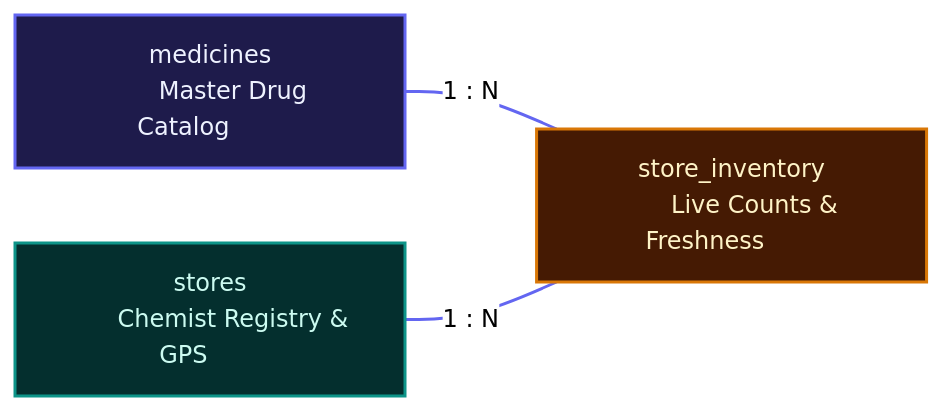
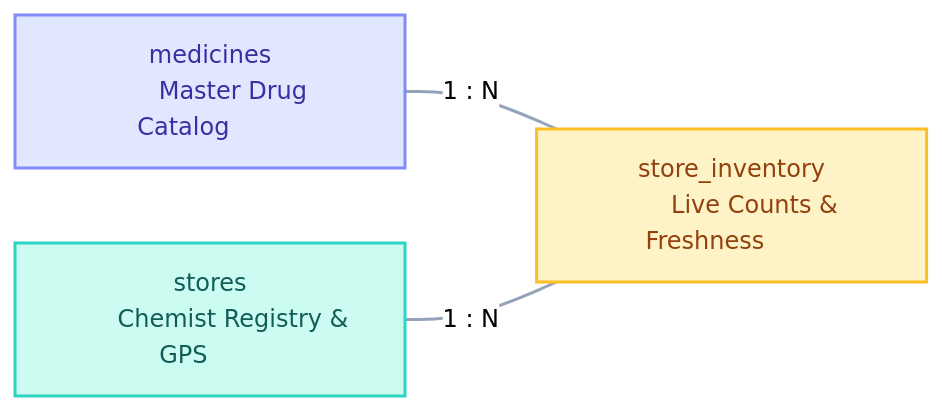
The fifth of 6 diagrams in README.md (Parth-Chavan-15/MedSetu-TechSprint), drawn with Mermaid (neutral theme) before and after one commit. The commit also changed other lines of this file, not shown here.

Commit message:
style: apply soft pastel palettes across all diagrams and wrap large flowcharts in expandable details blocks

````diff
--- a/README.md
+++ b/README.md
@@ -310,15 +317,15 @@
 ```mermaid
 flowchart LR
     MED["&nbsp;&nbsp;&nbsp;&nbsp;&nbsp;&nbsp; medicines &nbsp;&nbsp;&nbsp;&nbsp;&nbsp;&nbsp;<br/>&nbsp;&nbsp;&nbsp;&nbsp;&nbsp;&nbsp; Master Drug Catalog &nbsp;&nbsp;&nbsp;&nbsp;&nbsp;&nbsp;"] ---|1 : N| INV["&nbsp;&nbsp;&nbsp;&nbsp;&nbsp;&nbsp; store_inventory &nbsp;&nbsp;&nbsp;&nbsp;&nbsp;&nbsp;<br/>&nbsp;&nbsp;&nbsp;&nbsp;&nbsp;&nbsp; Live Counts & Freshness &nbsp;&nbsp;&nbsp;&nbsp;&nbsp;&nbsp;"]
     STORES["&nbsp;&nbsp;&nbsp;&nbsp;&nbsp;&nbsp; stores &nbsp;&nbsp;&nbsp;&nbsp;&nbsp;&nbsp;<br/>&nbsp;&nbsp;&nbsp;&nbsp;&nbsp;&nbsp; Chemist Registry & GPS &nbsp;&nbsp;&nbsp;&nbsp;&nbsp;&nbsp;"] ---|1 : N| INV
 
-    classDef master fill:#1E1B4B,stroke:#6366F1,color:#EEF2FF,stroke-width:2px;
-    classDef stores fill:#042F2E,stroke:#0D9488,color:#CCFBF1,stroke-width:2px;
-    classDef inv fill:#451A03,stroke:#D97706,color:#FEF3C7,stroke-width:2px;
+    classDef master fill:#E0E7FF,stroke:#818CF8,color:#3730A3,stroke-width:2px;
+    classDef stores fill:#CCFBF1,stroke:#2DD4BF,color:#115E59,stroke-width:2px;
+    classDef inv fill:#FEF3C7,stroke:#FBBF24,color:#92400E,stroke-width:2px;
 
     class MED master;
     class STORES stores;
     class INV inv;
 
-    linkStyle default stroke:#6366F1,stroke-width:2px;
+    linkStyle default stroke:#94A3B8,stroke-width:2px;
 ```
````
